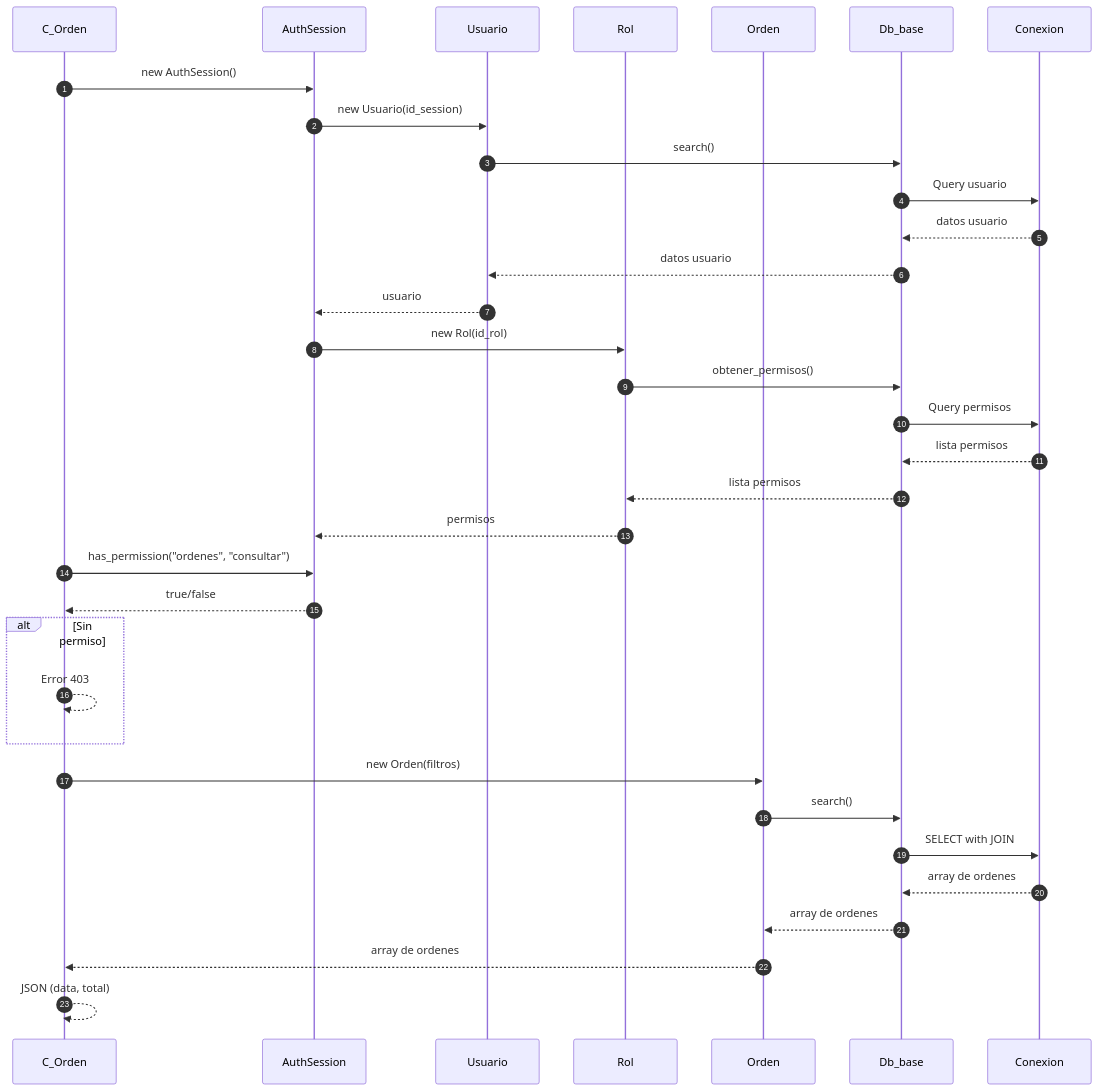
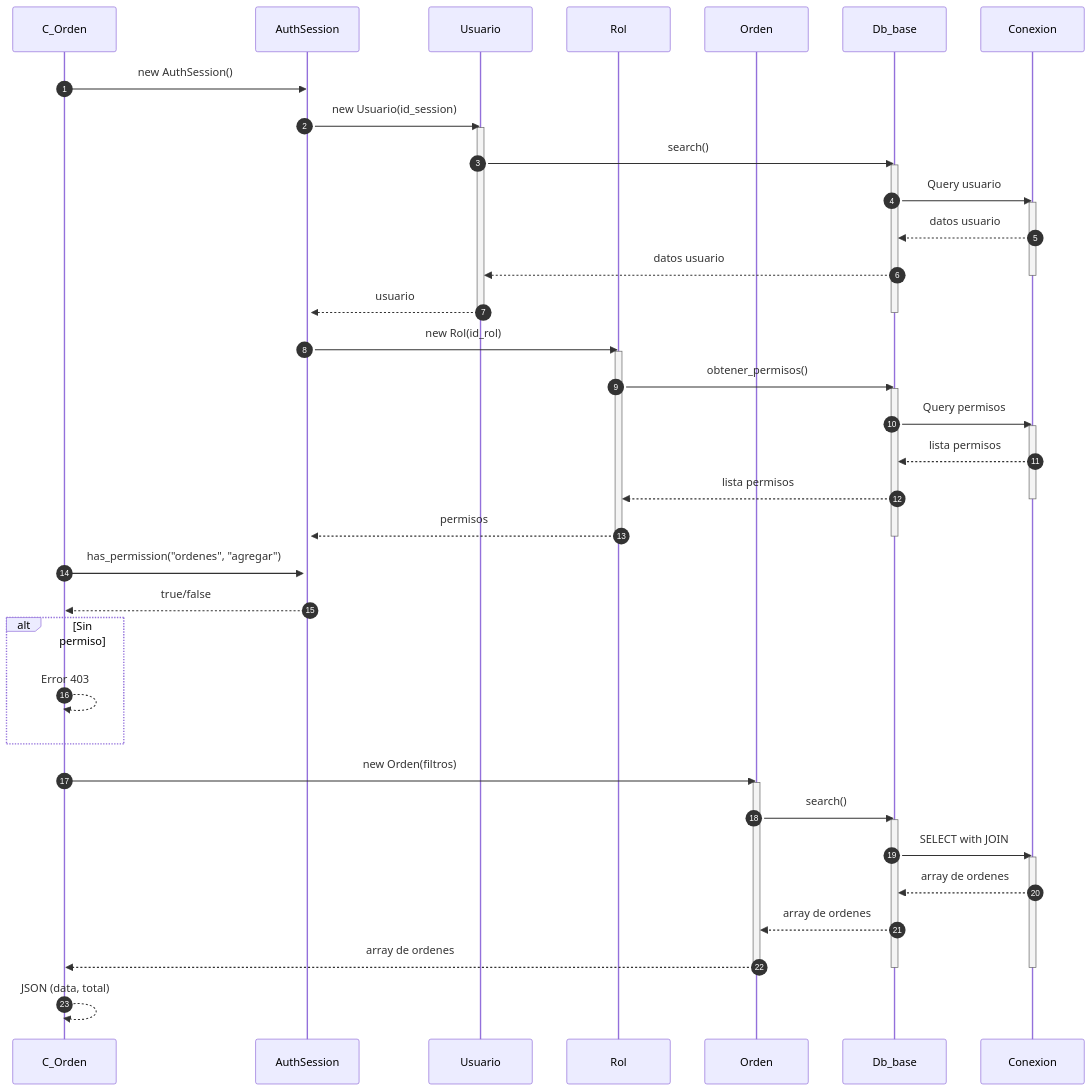
The second of 4 diagrams in docs/secuencia/ordenes/agregar_orden.md (Tecrato/BurgerHouse), drawn with Mermaid before and after one commit. The commit also changed other lines of this file and 16 other files, not shown here.

First line of the commit message:
Annotate mermaid sequences & throttle generator

````diff
--- a/docs/secuencia/ordenes/agregar_orden.md
+++ b/docs/secuencia/ordenes/agregar_orden.md
@@ -150,42 +231,61 @@
 ```mermaid
 sequenceDiagram
     autonumber
     participant C_Orden as C_Orden
     participant AuthSession as AuthSession
     participant Usuario as Usuario
     participant Rol as Rol
     participant Orden as Orden
     participant Db_base as Db_base
     participant Conexion as Conexion
     
     C_Orden->>AuthSession: new AuthSession()
+    activate AuthSession
     AuthSession->>Usuario: new Usuario(id_session)
+    activate Usuario
     Usuario->>Db_base: search()
+    activate Db_base
     Db_base->>Conexion: Query usuario
+    activate Conexion
     Conexion-->>Db_base: datos usuario
     Db_base-->>Usuario: datos usuario
+    deactivate Conexion
     Usuario-->>AuthSession: usuario
+    deactivate Usuario
+    deactivate Db_base
     
     AuthSession->>Rol: new Rol(id_rol)
+    activate Rol
     Rol->>Db_base: obtener_permisos()
+    activate Db_base
     Db_base->>Conexion: Query permisos
+    activate Conexion
     Conexion-->>Db_base: lista permisos
     Db_base-->>Rol: lista permisos
+    deactivate Conexion
     Rol-->>AuthSession: permisos
+    deactivate Rol
+    deactivate Db_base
     
-    C_Orden->>AuthSession: has_permission("ordenes", "consultar")
+    C_Orden->>AuthSession: has_permission("ordenes", "agregar")
     AuthSession-->>C_Orden: true/false
     
     alt Sin permiso
         C_Orden-->>C_Orden: Error 403
     end
     
     C_Orden->>Orden: new Orden(filtros)
+    activate Orden
     Orden->>Db_base: search()
+    activate Db_base
     Db_base->>Conexion: SELECT with JOIN
+    activate Conexion
     Conexion-->>Db_base: array de ordenes
     Db_base-->>Orden: array de ordenes
     Orden-->>C_Orden: array de ordenes
+    deactivate Orden
+    deactivate Conexion
+    deactivate Db_base
     
     C_Orden-->>C_Orden: JSON (data, total)
 ```
````
